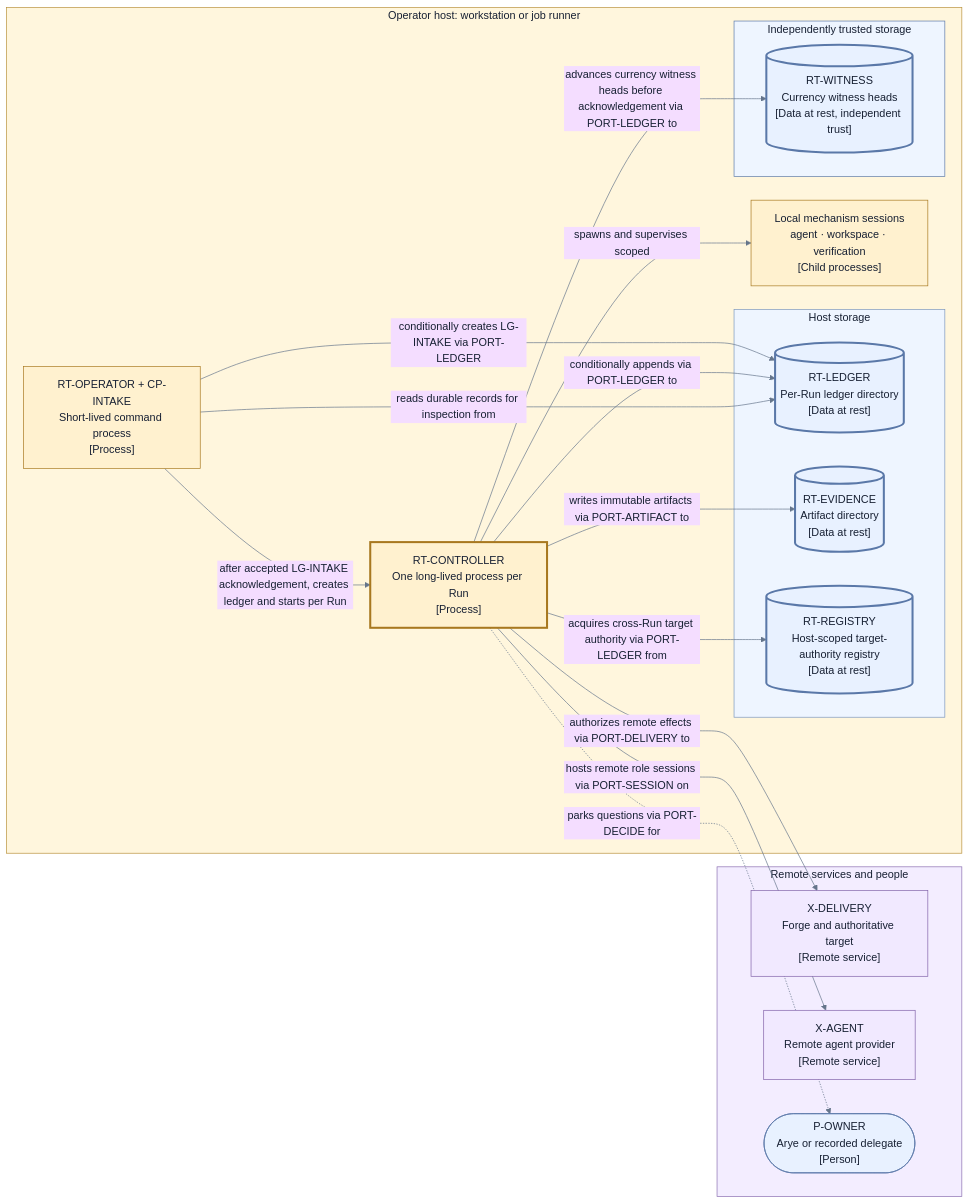
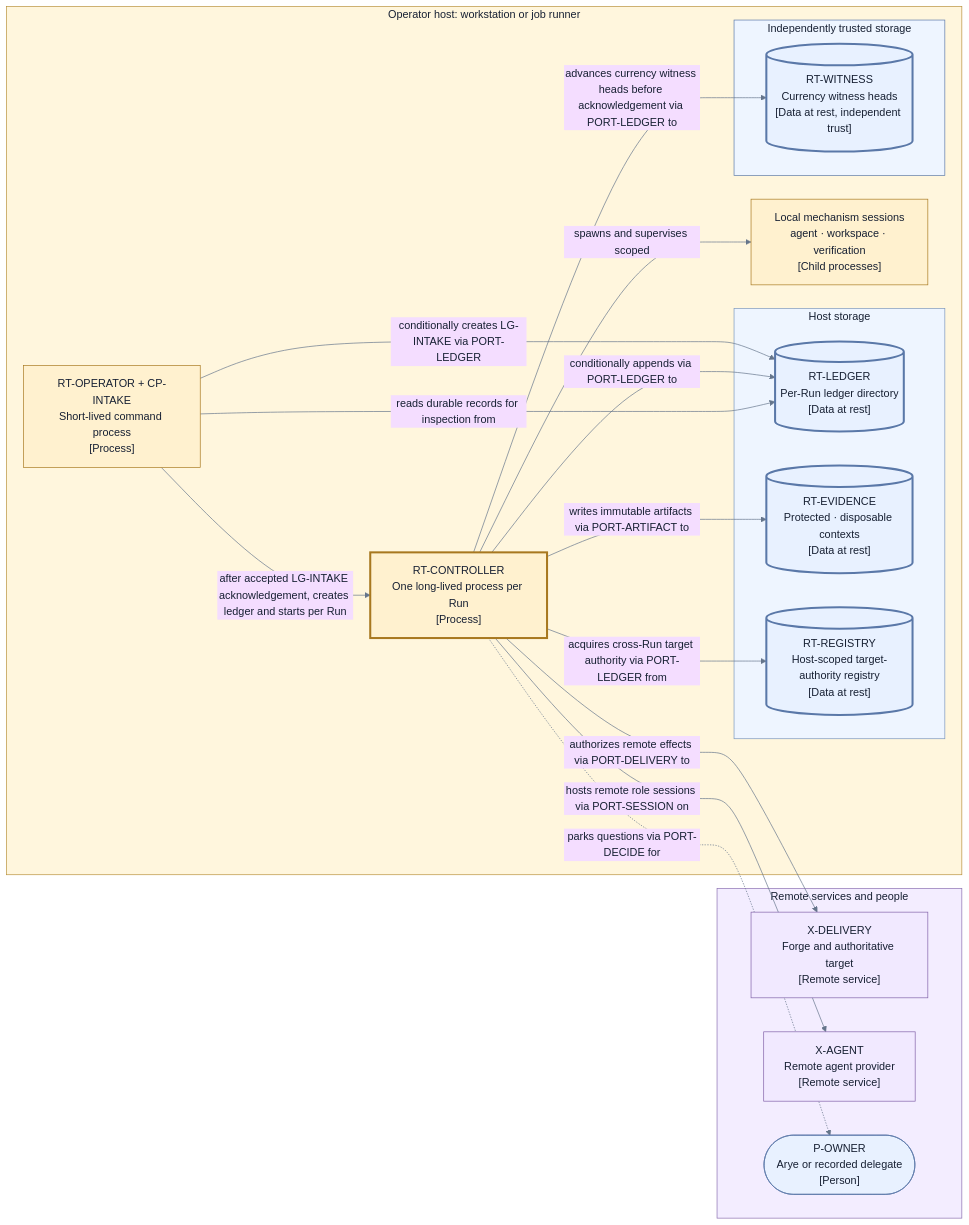
Before and after one commit to agentic-workflow-kit/jig: the second of 2 diagrams in docs/redesign/design/runtime.md, drawn with Mermaid. The commit also changed other lines of this file and 20 other files, not shown here.

````diff
--- a/docs/redesign/design/runtime.md
+++ b/docs/redesign/design/runtime.md
@@ -269,50 +317,50 @@
 ```mermaid
 %%{init: {"theme": "base", "themeVariables": {"fontFamily": "Inter, ui-sans-serif, system-ui", "primaryTextColor": "#172033", "lineColor": "#65758b"}}}%%
 flowchart LR
     subgraph Host["Operator host: workstation or job runner"]
         OperatorP["RT-OPERATOR + CP-INTAKE<br/>Short-lived command process<br/>[Process]"]
         ControllerP["RT-CONTROLLER<br/>One long-lived process per Run<br/>[Process]"]
         MechanismP["Local mechanism sessions<br/>agent · workspace · verification<br/>[Child processes]"]
         subgraph HostStore["Host storage"]
             LedgerD[("RT-LEDGER<br/>Per-Run ledger directory<br/>[Data at rest]")]
-            EvidenceD[("RT-EVIDENCE<br/>Artifact directory<br/>[Data at rest]")]
+            EvidenceD[("RT-EVIDENCE<br/>Protected · disposable contexts<br/>[Data at rest]")]
             RegistryD[("RT-REGISTRY<br/>Host-scoped target-authority registry<br/>[Data at rest]")]
         end
         subgraph IndepStore["Independently trusted storage"]
             WitnessD[("RT-WITNESS<br/>Currency witness heads<br/>[Data at rest, independent trust]")]
         end
     end
 
     subgraph Remote["Remote services and people"]
         Forge["X-DELIVERY<br/>Forge and authoritative target<br/>[Remote service]"]
         RemoteAgent["X-AGENT<br/>Remote agent provider<br/>[Remote service]"]
         OwnerR(["P-OWNER<br/>Arye or recorded delegate<br/>[Person]"])
     end
 
     OperatorP -->|"after accepted LG-INTAKE acknowledgement, creates ledger and starts per Run"| ControllerP
     OperatorP -->|"conditionally creates LG-INTAKE via PORT-LEDGER"| LedgerD
     ControllerP -->|"spawns and supervises scoped"| MechanismP
     ControllerP -->|"conditionally appends via PORT-LEDGER to"| LedgerD
     ControllerP -->|"acquires cross-Run target authority via PORT-LEDGER from"| RegistryD
     ControllerP -->|"advances currency witness heads before acknowledgement via PORT-LEDGER to"| WitnessD
     ControllerP -->|"writes immutable artifacts via PORT-ARTIFACT to"| EvidenceD
     ControllerP -->|"authorizes remote effects via PORT-DELIVERY to"| Forge
     ControllerP -->|"hosts remote role sessions via PORT-SESSION on"| RemoteAgent
     ControllerP -.->|"parks questions via PORT-DECIDE for"| OwnerR
     OperatorP -->|"reads durable records for inspection from"| LedgerD
 
     style Host fill:#fff6dd,stroke:#b8903a,color:#172033
     style HostStore fill:#eef5ff,stroke:#7a96bd,color:#172033
     style Remote fill:#f3edff,stroke:#8a6eb0,color:#172033
     classDef process fill:#fff1cf,stroke:#a8781f,color:#172033
     classDef control fill:#fff1cf,stroke:#a8781f,stroke-width:3px,color:#172033
     classDef rest fill:#e8f1ff,stroke:#5a78a8,stroke-width:3px,color:#172033
     classDef remote fill:#f1e9ff,stroke:#8061a8,color:#172033
     classDef person fill:#e8f1ff,stroke:#5a78a8,color:#172033
     class OperatorP,MechanismP process
     class ControllerP control
     class LedgerD,EvidenceD,RegistryD,WitnessD rest
     style IndepStore fill:#eef5ff,stroke:#5a78a8,color:#172033
     class Forge,RemoteAgent remote
     class OwnerR person
 ```
````
